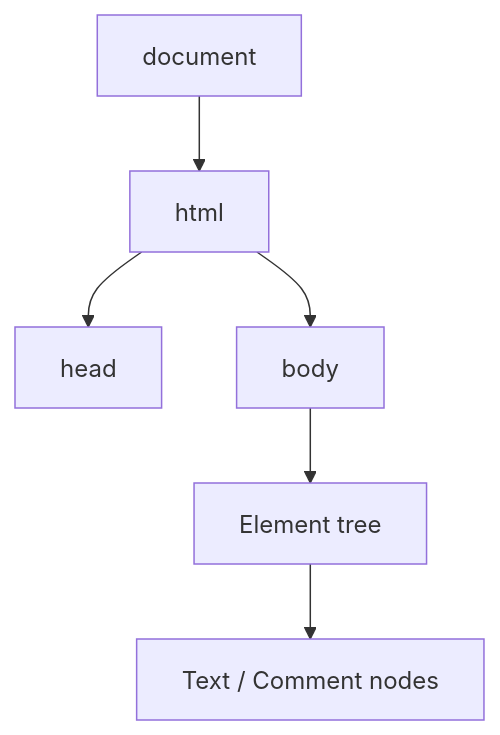
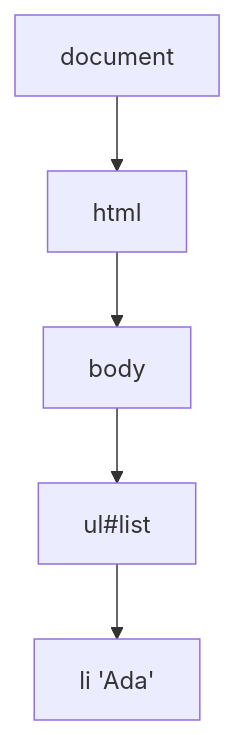
Before and after one commit to prajjwaljogdand/FullstackPreparation: the second of 6 diagrams in docs/javascript/19-browser-apis.md, drawn with Mermaid. The commit also changed other lines of this file and 91 other files, not shown here.

````diff
--- a/docs/javascript/19-browser-apis.md
+++ b/docs/javascript/19-browser-apis.md
@@ -19,8 +47,7 @@
 ```mermaid
 flowchart TB
-  document --> html["html"]
-  html --> head
+  document --> html
   html --> body
-  body --> tree["Element tree"]
-  tree --> text["Text / Comment nodes"]
+  body --> ul["ul#list"]
+  ul --> li["li 'Ada'"]
 ```
````
